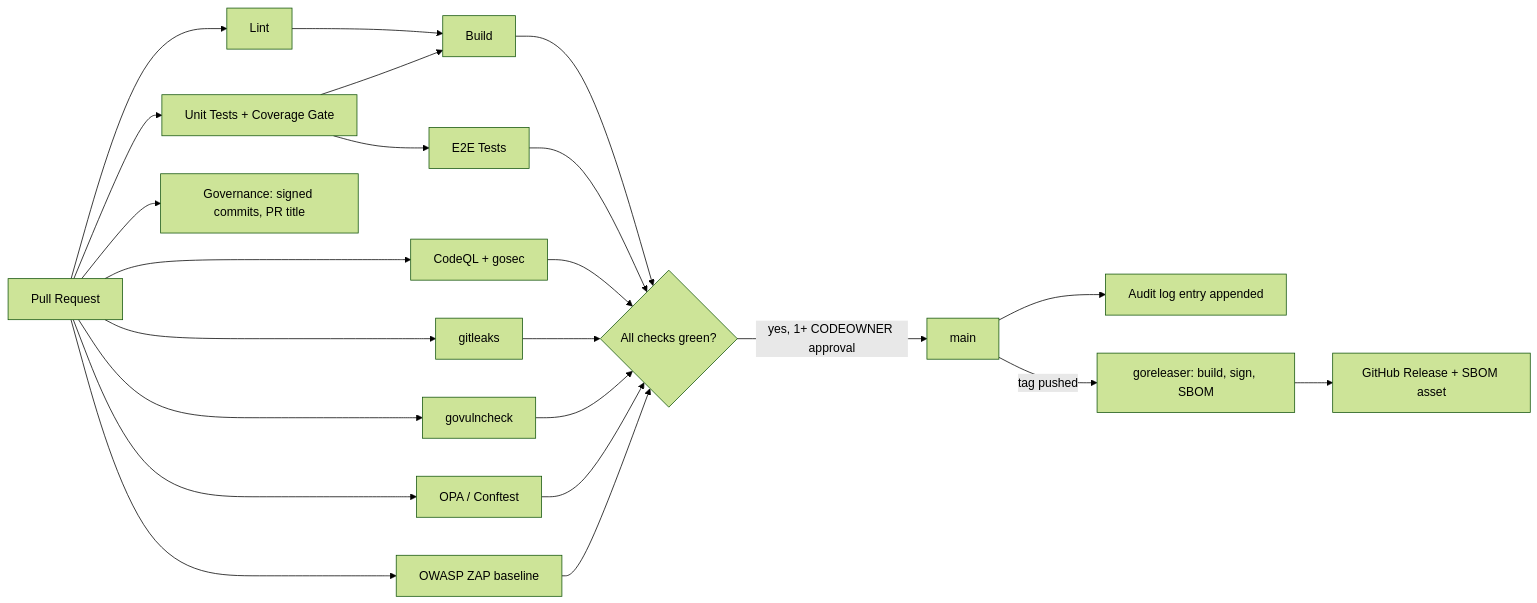
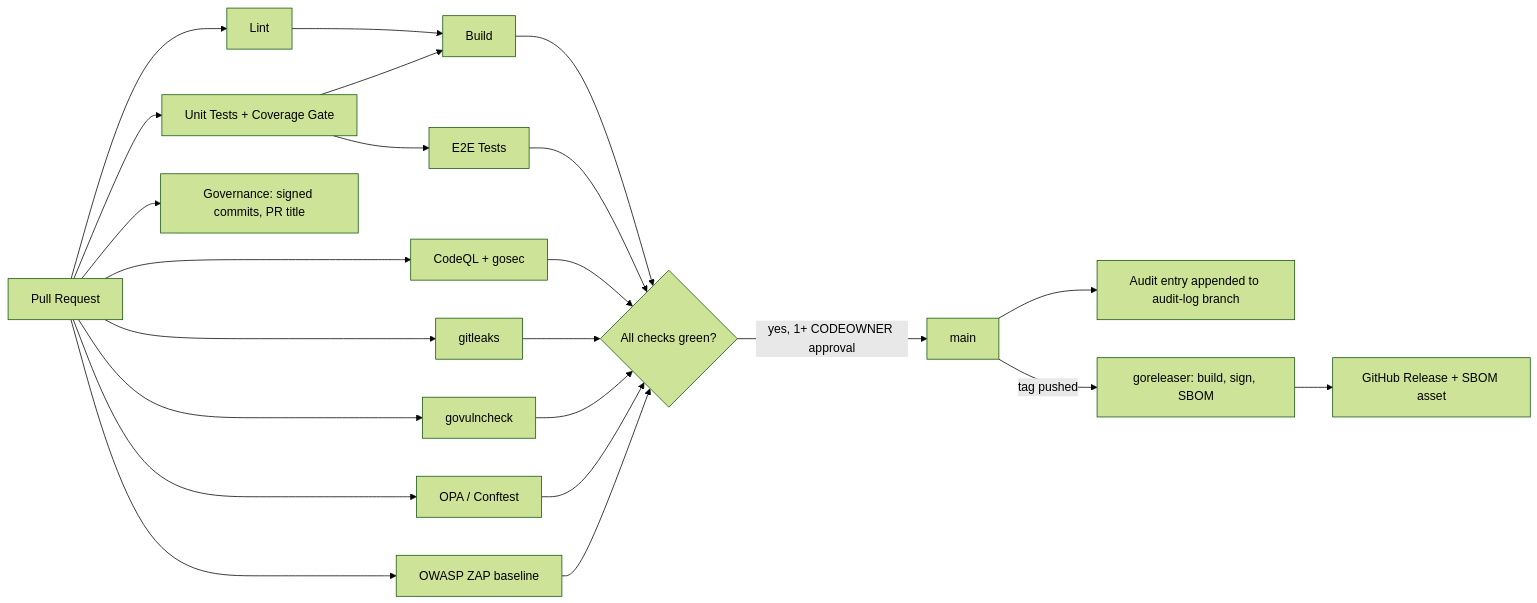
One commit to jaricsng/repo-forge-template changed the third of 4 diagrams in docs/architecture.md. Above: the diagram before and after it, drawn with Mermaid (forest theme). The commit also changed other lines of this file and 7 other files, not shown here.

````diff
--- a/docs/architecture.md
+++ b/docs/architecture.md
@@ -48,27 +48,27 @@
 ```mermaid
 flowchart LR
     PR[Pull Request] --> Lint
     PR --> UnitTests[Unit Tests + Coverage Gate]
     PR --> Governance[Governance: signed commits, PR title]
     Lint --> Build
     UnitTests --> Build
     UnitTests --> E2E[E2E Tests]
     PR --> SAST[CodeQL + gosec]
     PR --> Secrets[gitleaks]
     PR --> SCA[govulncheck]
     PR --> Policy[OPA / Conftest]
     PR --> DAST[OWASP ZAP baseline]
 
     Build --> Merge{All checks green?}
     E2E --> Merge
     SAST --> Merge
     Secrets --> Merge
     SCA --> Merge
     Policy --> Merge
     DAST --> Merge
 
     Merge -->|yes, 1+ CODEOWNER approval| MainBranch[main]
-    MainBranch --> AuditLog[Audit log entry appended]
+    MainBranch --> AuditLog[Audit entry appended to audit-log branch]
     MainBranch -->|tag pushed| Release[goreleaser: build, sign, SBOM]
     Release --> GHRelease[GitHub Release + SBOM asset]
 ```
````
